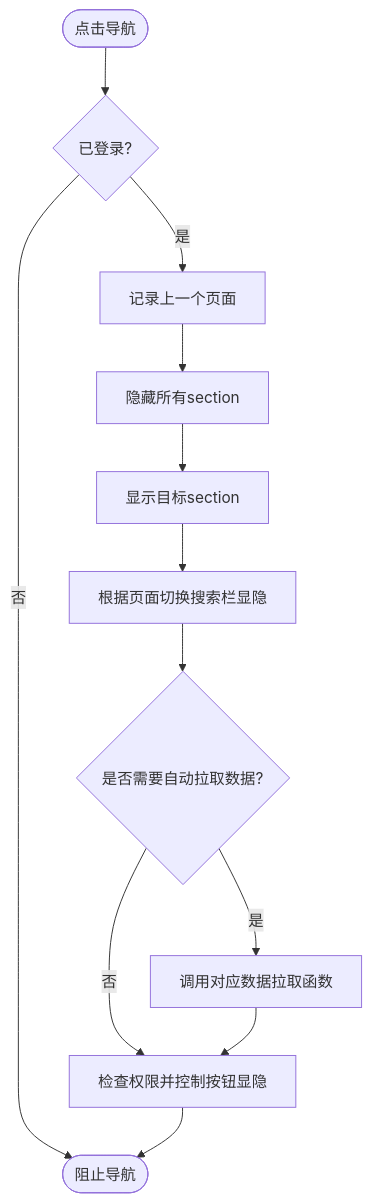
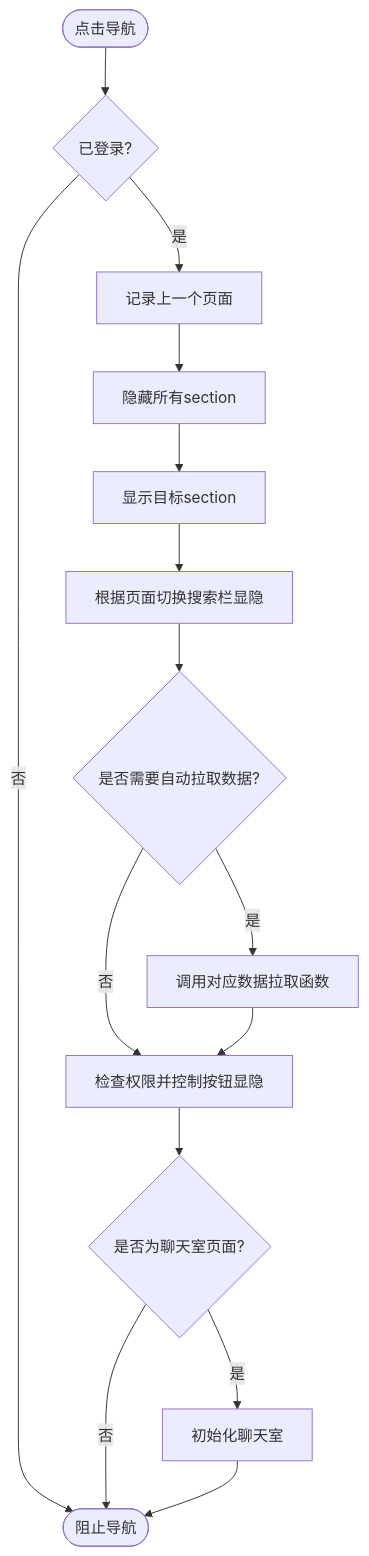
Before and after one commit to qq20739111/weilushishe-lishitai: the fifth of 16 diagrams in .qoder/repowiki/zh/content/Web界面/JavaScript交互逻辑/JavaScript交互逻辑.md, drawn with Mermaid. The commit also changed other lines of this file and 23 other files, not shown here.

````diff
--- a/.qoder/repowiki/zh/content/Web界面/JavaScript交互逻辑/JavaScript交互逻辑.md
+++ b/.qoder/repowiki/zh/content/Web界面/JavaScript交互逻辑/JavaScript交互逻辑.md
@@ -196,14 +219,17 @@
 ```mermaid
 flowchart TD
 Start(["点击导航"]) --> CheckLogin{"已登录?"}
 CheckLogin --> |否| End(["阻止导航"])
 CheckLogin --> |是| Track["记录上一个页面"]
 Track --> HideAll["隐藏所有section"]
 HideAll --> ShowTarget["显示目标section"]
 ShowTarget --> ToggleSearch["根据页面切换搜索栏显隐"]
 ToggleSearch --> AutoFetch{"是否需要自动拉取数据?"}
 AutoFetch --> |是| Fetch["调用对应数据拉取函数"]
 AutoFetch --> |否| Perm["检查权限并控制按钮显隐"]
 Fetch --> Perm
-Perm --> End
+Perm --> ChatCheck{"是否为聊天室页面?"}
+ChatCheck --> |是| InitChat["初始化聊天室"]
+ChatCheck --> |否| End
+InitChat --> End
 ```
````
